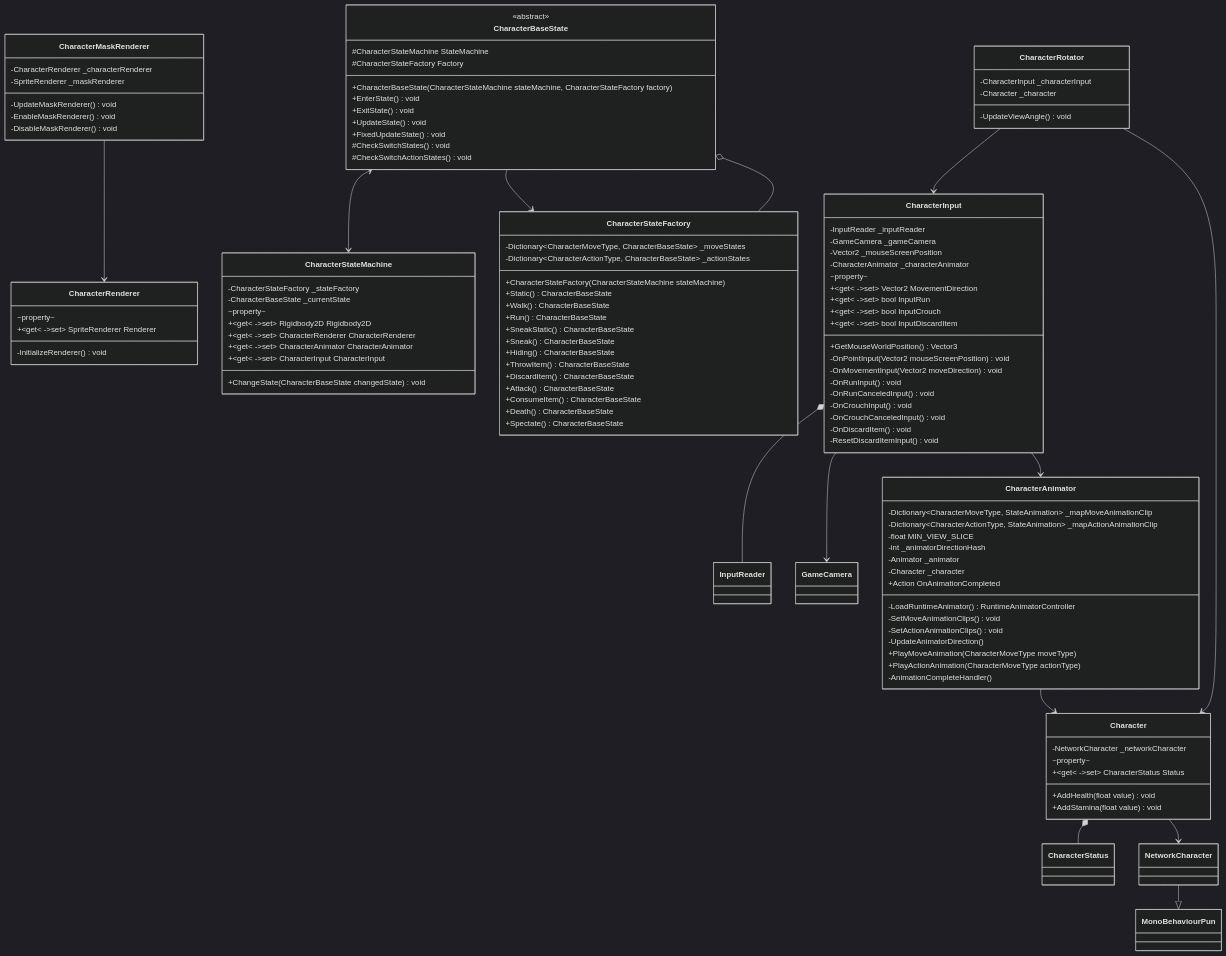
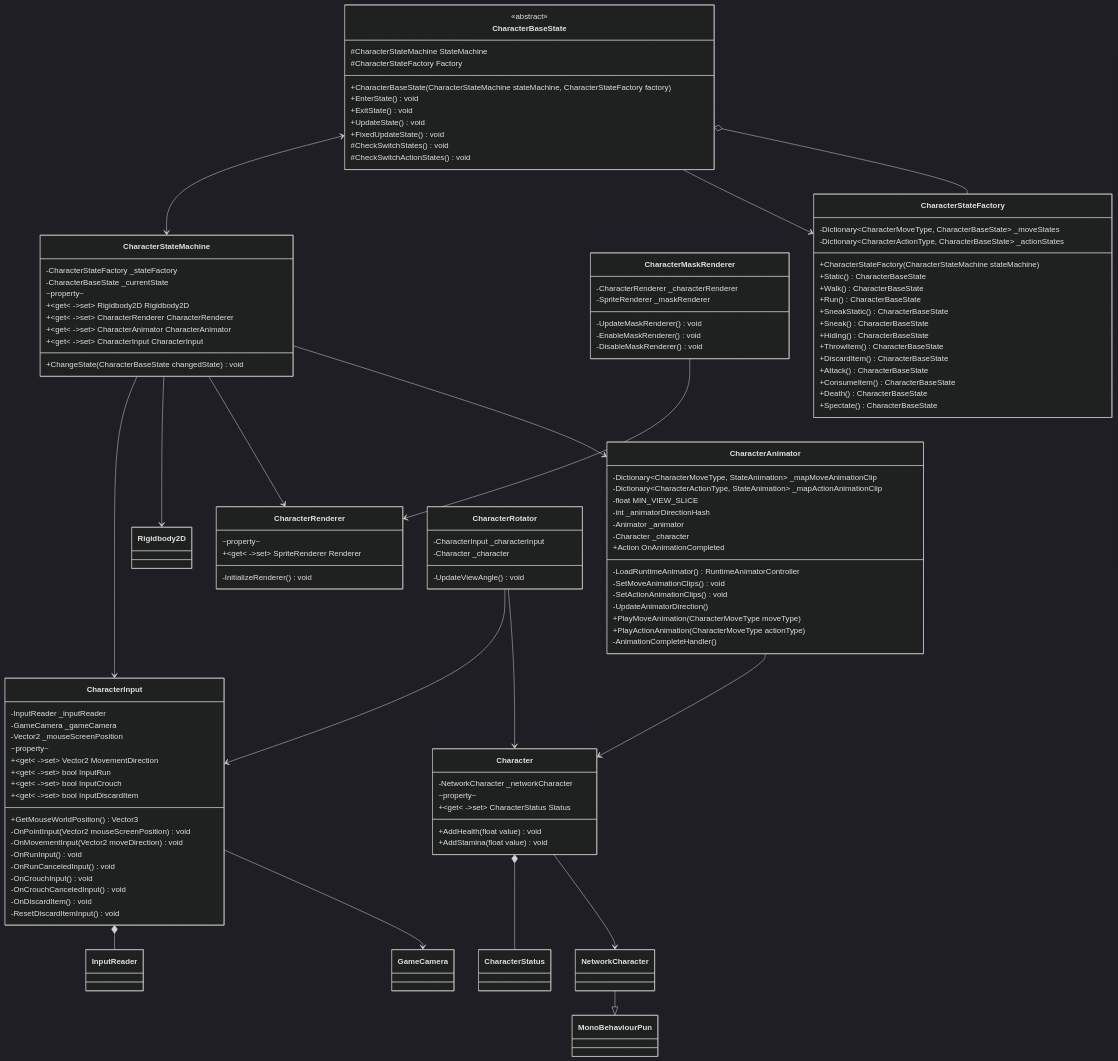
The diagram in Character/Character UML.md (Labae/CatchIo_obsidian), drawn with Mermaid (dark theme) before and after one commit. The commit also changed 1 other file, not shown here.

Commit message:
update character uml

```diff
--- a/Character/Character UML.md
+++ b/Character/Character UML.md
@@ -12,6 +12,10 @@
 
 		+ChangeState(CharacterBaseState changedState) void
 	}
+	CharacterStateMachine --> CharacterInput
+	CharacterStateMachine --> Rigidbody2D
+	CharacterStateMachine --> CharacterRenderer
+	CharacterStateMachine --> CharacterAnimator
 
 	class Character {
 		-NetworkCharacter _networkCharacter
@@ -33,7 +37,6 @@
 		-InputReader _inputReader
 		-GameCamera _gameCamera
 		-Vector2 _mouseScreenPosition
-		-CharacterAnimator _characterAnimator
 		
 		~property~
 		+~get~ -~set~ Vector2 MovementDirection
@@ -53,7 +56,6 @@
 	}
 	CharacterInput *-- InputReader
 	CharacterInput --> GameCamera
-	CharacterInput --> CharacterAnimator
 
 	class CharacterRenderer {
 		~property~
```
